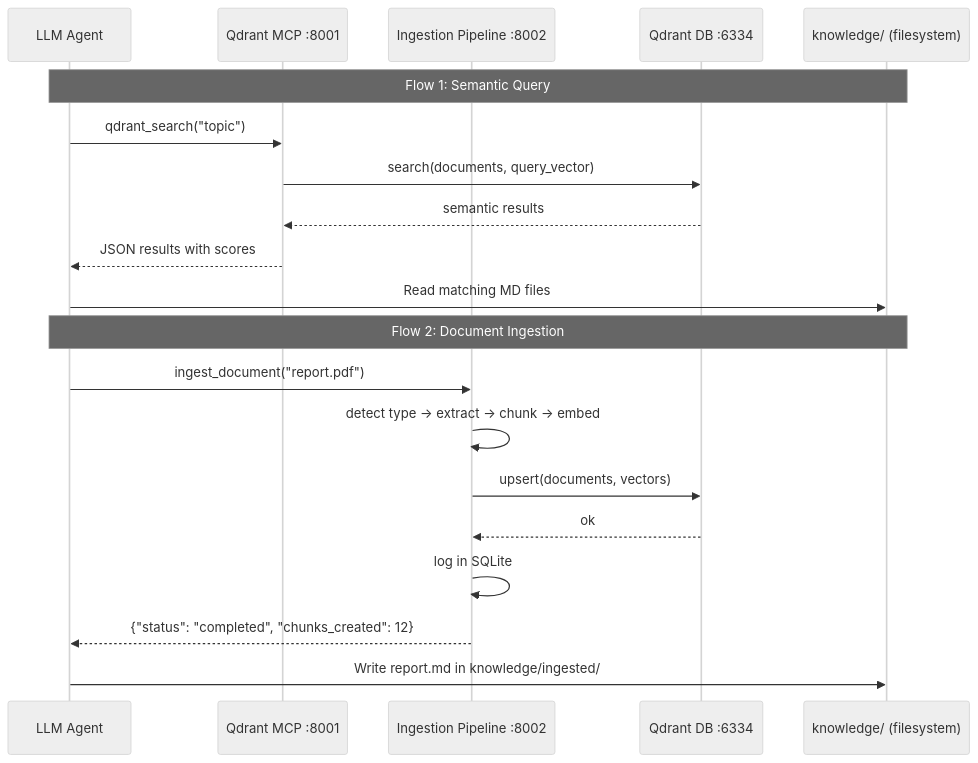
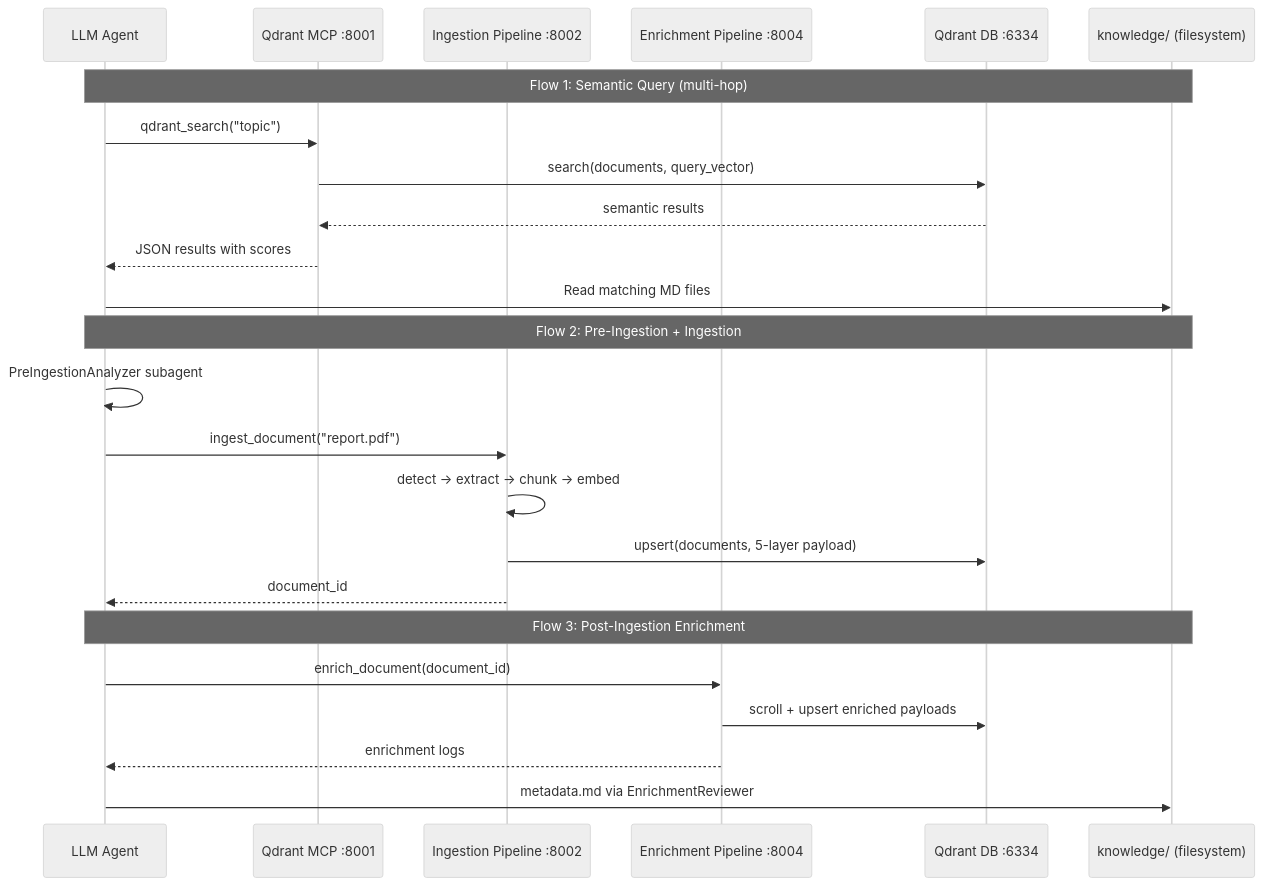
The diagram in doc_v4/architecture/system-overview.md (Michelangelo-Pinto/pinto-llm-wiki), drawn with Mermaid (neutral theme) before and after one commit. The commit also changed other lines of this file and 64 other files, not shown here.

````diff
--- a/doc_v4/architecture/system-overview.md
+++ b/doc_v4/architecture/system-overview.md
@@ -18,24 +19,29 @@
 ```mermaid
 sequenceDiagram
     participant Agent as LLM Agent
     participant QMCP as Qdrant MCP :8001
     participant IMCP as Ingestion Pipeline :8002
+    participant EMCP as Enrichment Pipeline :8004
     participant Qdrant as Qdrant DB :6334
     participant KB as knowledge/ (filesystem)
 
-    Note over Agent,KB: Flow 1: Semantic Query
+    Note over Agent,KB: Flow 1: Semantic Query (multi-hop)
     Agent->>QMCP: qdrant_search("topic")
     QMCP->>Qdrant: search(documents, query_vector)
     Qdrant-->>QMCP: semantic results
     QMCP-->>Agent: JSON results with scores
     Agent->>KB: Read matching MD files
 
-    Note over Agent,KB: Flow 2: Document Ingestion
+    Note over Agent,KB: Flow 2: Pre-Ingestion + Ingestion
+    Agent->>Agent: PreIngestionAnalyzer subagent
     Agent->>IMCP: ingest_document("report.pdf")
-    IMCP->>IMCP: detect type → extract → chunk → embed
-    IMCP->>Qdrant: upsert(documents, vectors)
-    Qdrant-->>IMCP: ok
-    IMCP->>IMCP: log in SQLite
-    IMCP-->>Agent: {"status": "completed", "chunks_created": 12}
-    Agent->>KB: Write report.md in knowledge/ingested/
+    IMCP->>IMCP: detect → extract → chunk → embed
+    IMCP->>Qdrant: upsert(documents, 5-layer payload)
+    IMCP-->>Agent: document_id
+
+    Note over Agent,KB: Flow 3: Post-Ingestion Enrichment
+    Agent->>EMCP: enrich_document(document_id)
+    EMCP->>Qdrant: scroll + upsert enriched payloads
+    EMCP-->>Agent: enrichment logs
+    Agent->>KB: metadata.md via EnrichmentReviewer
 ```
````
